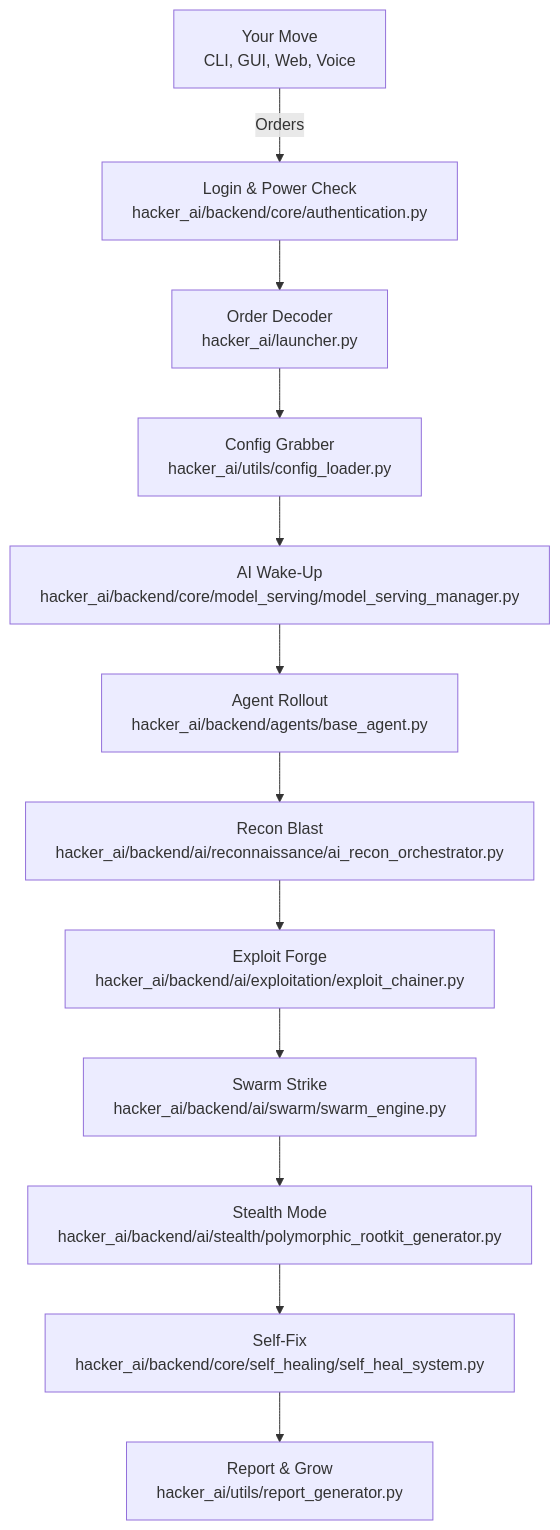
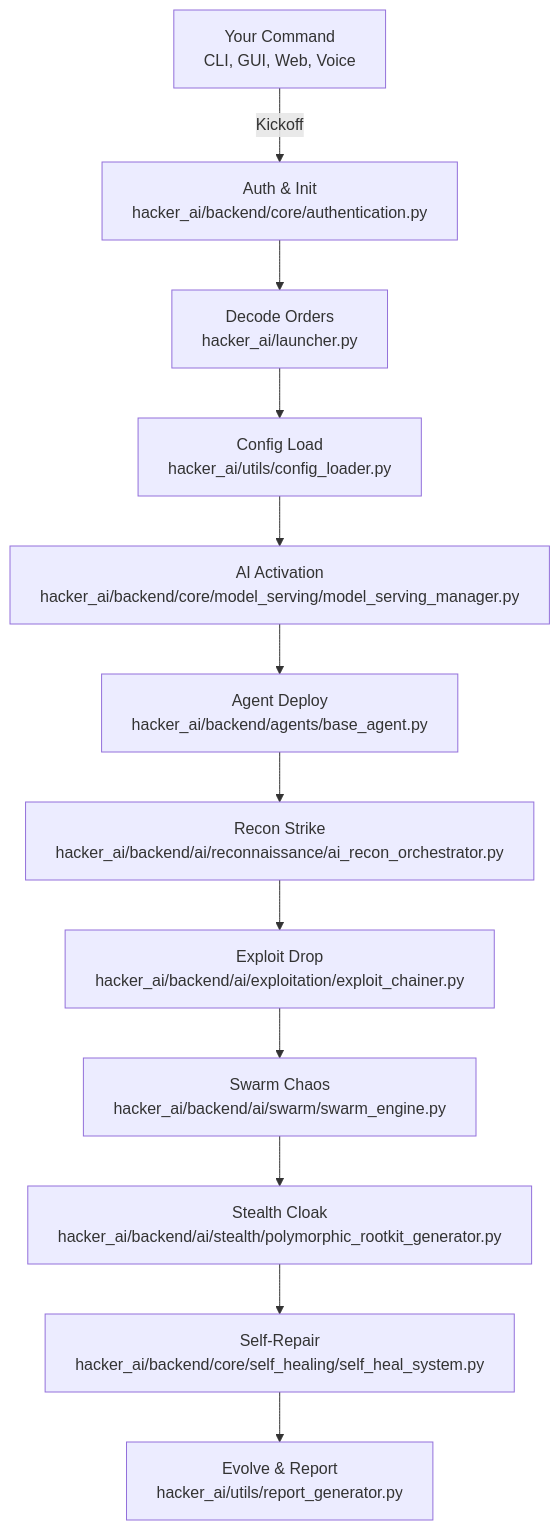
Before and after one commit to BhanuGuragain0/Hacker_AI: the diagram in README.md, drawn with Mermaid. The commit also changed other lines of this file, not shown here.

````diff
--- a/README.md
+++ b/README.md
@@ -405,14 +411,14 @@
 ```mermaid
 graph TD
-    A["Your Move<br>CLI, GUI, Web, Voice"] -->|Orders| B["Login & Power Check<br>hacker_ai/backend/core/authentication.py"]
-    B --> C["Order Decoder<br>hacker_ai/launcher.py"]
-    C --> D["Config Grabber<br>hacker_ai/utils/config_loader.py"]
-    D --> E["AI Wake-Up<br>hacker_ai/backend/core/model_serving/model_serving_manager.py"]
-    E --> F["Agent Rollout<br>hacker_ai/backend/agents/base_agent.py"]
-    F --> G["Recon Blast<br>hacker_ai/backend/ai/reconnaissance/ai_recon_orchestrator.py"]
-    G --> H["Exploit Forge<br>hacker_ai/backend/ai/exploitation/exploit_chainer.py"]
-    H --> I["Swarm Strike<br>hacker_ai/backend/ai/swarm/swarm_engine.py"]
-    I --> J["Stealth Mode<br>hacker_ai/backend/ai/stealth/polymorphic_rootkit_generator.py"]
-    J --> K["Self-Fix<br>hacker_ai/backend/core/self_healing/self_heal_system.py"]
-    K --> L["Report & Grow<br>hacker_ai/utils/report_generator.py"]
+    A["Your Command<br>CLI, GUI, Web, Voice"] -->|Kickoff| B["Auth & Init<br>hacker_ai/backend/core/authentication.py"]
+    B --> C["Decode Orders<br>hacker_ai/launcher.py"]
+    C --> D["Config Load<br>hacker_ai/utils/config_loader.py"]
+    D --> E["AI Activation<br>hacker_ai/backend/core/model_serving/model_serving_manager.py"]
+    E --> F["Agent Deploy<br>hacker_ai/backend/agents/base_agent.py"]
+    F --> G["Recon Strike<br>hacker_ai/backend/ai/reconnaissance/ai_recon_orchestrator.py"]
+    G --> H["Exploit Drop<br>hacker_ai/backend/ai/exploitation/exploit_chainer.py"]
+    H --> I["Swarm Chaos<br>hacker_ai/backend/ai/swarm/swarm_engine.py"]
+    I --> J["Stealth Cloak<br>hacker_ai/backend/ai/stealth/polymorphic_rootkit_generator.py"]
+    J --> K["Self-Repair<br>hacker_ai/backend/core/self_healing/self_heal_system.py"]
+    K --> L["Evolve & Report<br>hacker_ai/utils/report_generator.py"]
 ```
````
